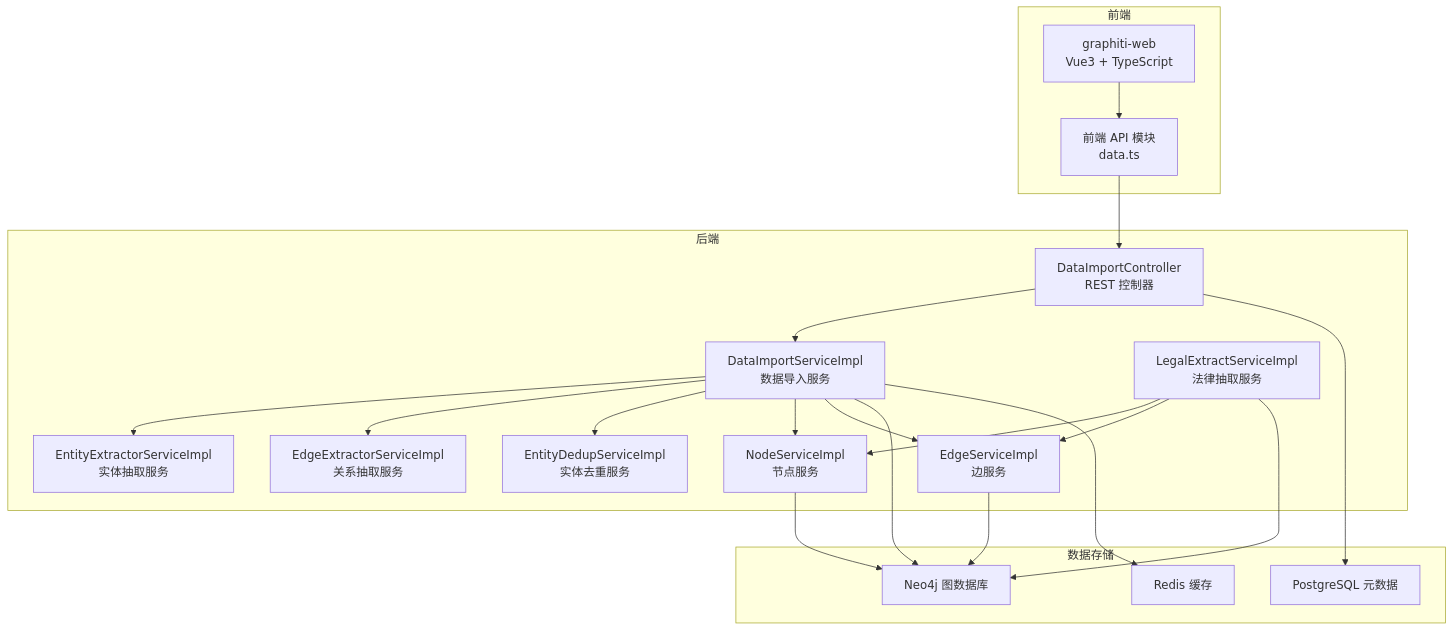
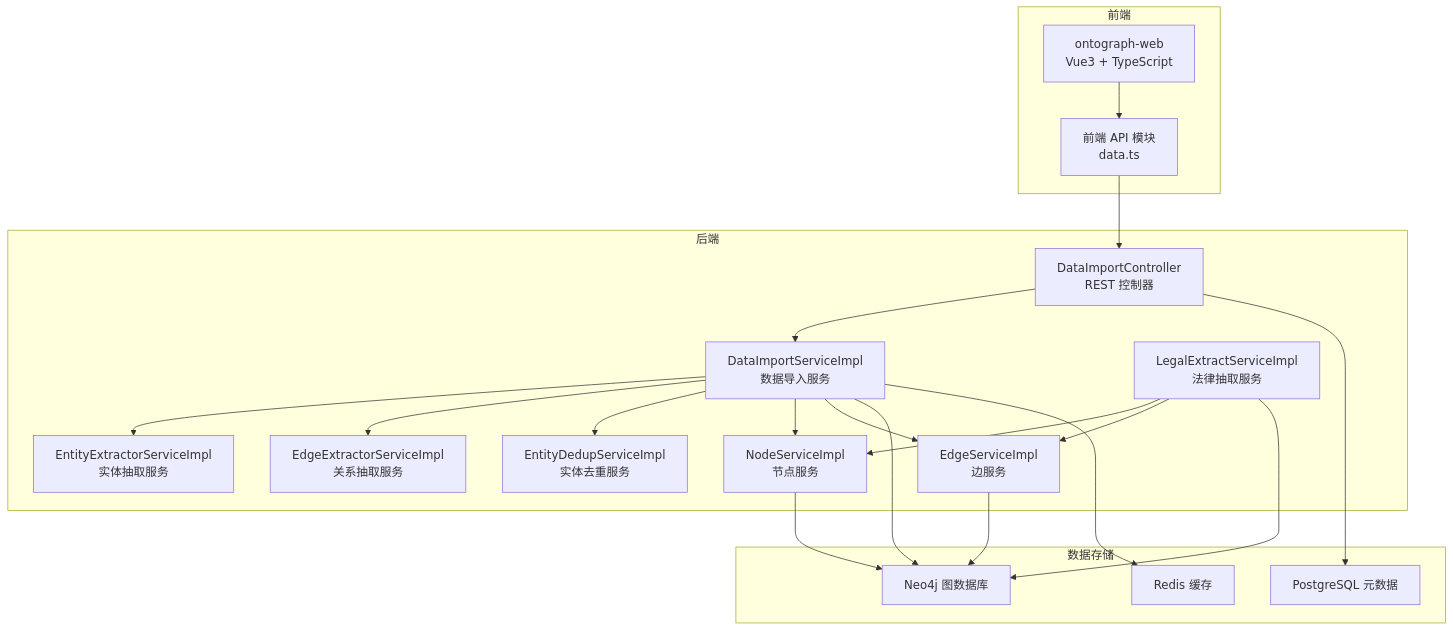
The first of 7 diagrams in docs/manual/架构设计/数据流设计/数据处理管道/数据处理管道.md (joezxh/graphiti-java), drawn with Mermaid before and after one commit. The commit also changed other lines of this file and 200 other files, not shown here.

````diff
--- a/docs/manual/架构设计/数据流设计/数据处理管道/数据处理管道.md
+++ b/docs/manual/架构设计/数据流设计/数据处理管道/数据处理管道.md
@@ -44,38 +44,38 @@
 ```mermaid
 graph TB
 subgraph "前端"
-WEB["graphiti-web<br/>Vue3 + TypeScript"]
+WEB["ontograph-web<br/>Vue3 + TypeScript"]
 API["前端 API 模块<br/>data.ts"]
 end
 subgraph "后端"
 CTRL["DataImportController<br/>REST 控制器"]
 SVC["DataImportServiceImpl<br/>数据导入服务"]
 EXTSVC["EntityExtractorServiceImpl<br/>实体抽取服务"]
 EDGESVC["EdgeExtractorServiceImpl<br/>关系抽取服务"]
 DEDUPSVC["EntityDedupServiceImpl<br/>实体去重服务"]
 NODESVC["NodeServiceImpl<br/>节点服务"]
 EDGESVC2["EdgeServiceImpl<br/>边服务"]
 LEGALSVC["LegalExtractServiceImpl<br/>法律抽取服务"]
 end
 subgraph "数据存储"
 NEO4J["Neo4j 图数据库"]
 PG["PostgreSQL 元数据"]
 REDIS["Redis 缓存"]
 end
 WEB --> API
 API --> CTRL
 CTRL --> SVC
 SVC --> EXTSVC
 SVC --> EDGESVC
 SVC --> DEDUPSVC
 SVC --> NODESVC
 SVC --> EDGESVC2
 LEGALSVC --> NODESVC
 LEGALSVC --> EDGESVC2
 NODESVC --> NEO4J
 EDGESVC2 --> NEO4J
 SVC --> NEO4J
 LEGALSVC --> NEO4J
 CTRL --> PG
 SVC --> REDIS
 ```
````
